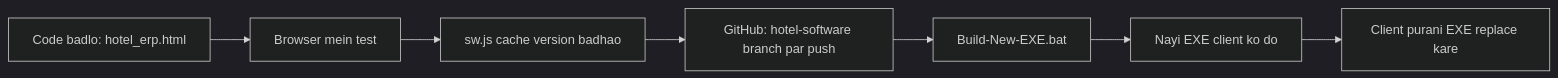
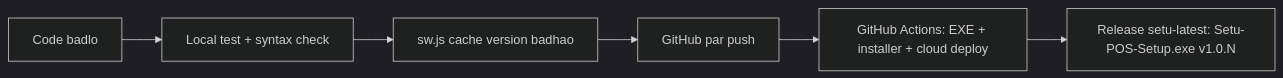
The second of 2 diagrams in WORKFLOW.md (theinkthreadhub-crypto/hotel-erp), drawn with Mermaid (dark theme) before and after one commit. The commit also changed other lines of this file and 3 other files, not shown here.

First line of the commit message:
WORKFLOW.md for today's Setu; keep cloud Restore on a fresh signed-up PC

````diff
--- a/WORKFLOW.md
+++ b/WORKFLOW.md
@@ -231,9 +258,8 @@
 ```mermaid
 flowchart LR
-    A[Code badlo: hotel_erp.html] --> B[Browser mein test]
+    A[Code badlo] --> B[Local test + syntax check]
     B --> C[sw.js cache version badhao]
-    C --> D[GitHub: hotel-software branch par push]
-    D --> E[Build-New-EXE.bat]
-    E --> F[Nayi EXE client ko do]
-    F --> G[Client purani EXE replace kare]
+    C --> D[GitHub par push]
+    D --> E[GitHub Actions: EXE + installer + cloud deploy]
+    E --> F[Release setu-latest: Setu-POS-Setup.exe v1.0.N]
 ```
````
